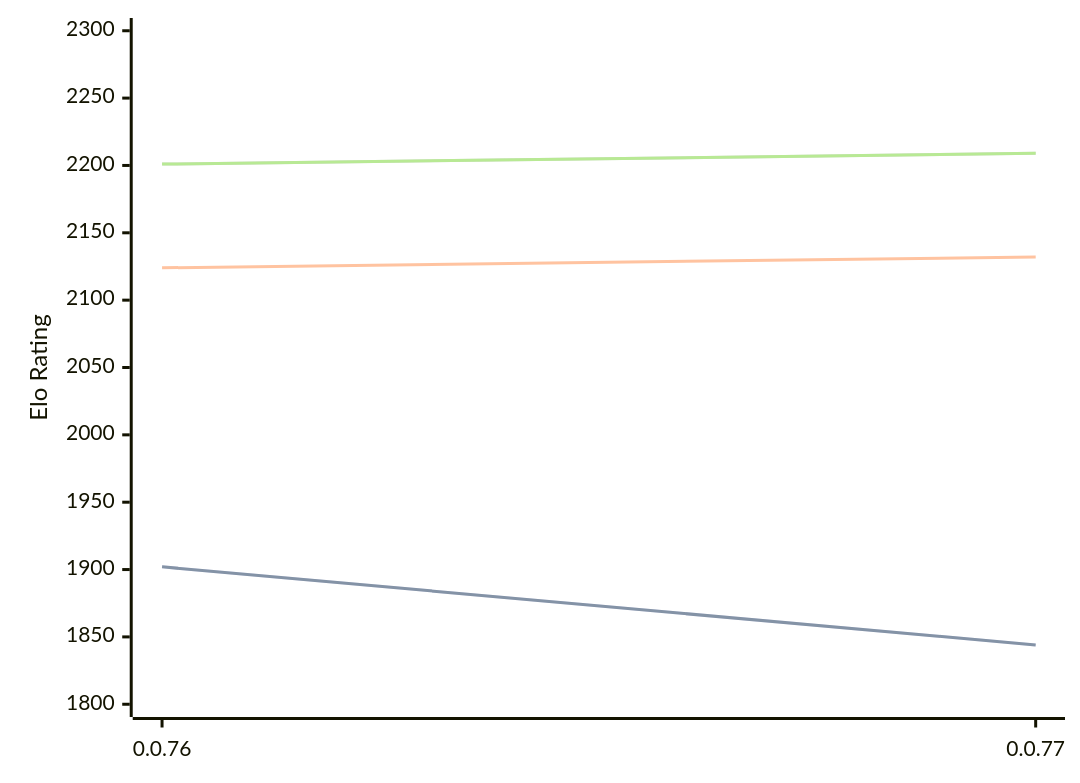
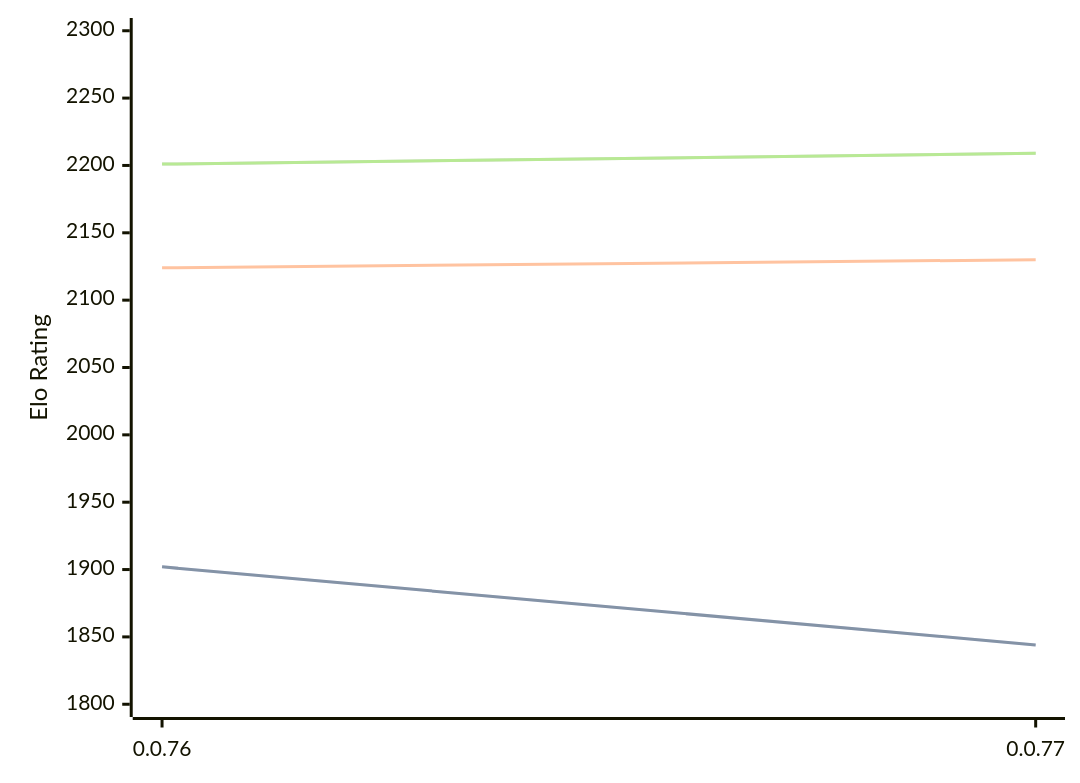
The diagram in engines/Fktb.md (computer-chess-index/cci), drawn with Mermaid before and after one commit. The commit also changed other lines of this file, not shown here.

````diff
--- a/engines/Fktb.md
+++ b/engines/Fktb.md
@@ -32,11 +32,11 @@
 ```mermaid
 %%{init: {"theme":"base","themeVariables":{"seriesColors:['#a3a3a3','#222221','#faa371']}}}%%
 xychart-beta
   x-axis ["0.0.76", "0.0.77"]
   y-axis "Elo Rating" 1800 --> 2300
   line "STC (8.0+0.08s)" [1902, 1844]
   line "STC (8.0+0.08s)" [1902, 1844]
-  line "LTC (60.0+0.60s)" [2124, 2132]
+  line "LTC (60.0+0.60s)" [2124, 2130]
   line "VLTC (2m24s+1.12s)" [2201, 2209]
   line "VLTC (2m24s+1.12s)" [2201, 2209]
 ```
````
